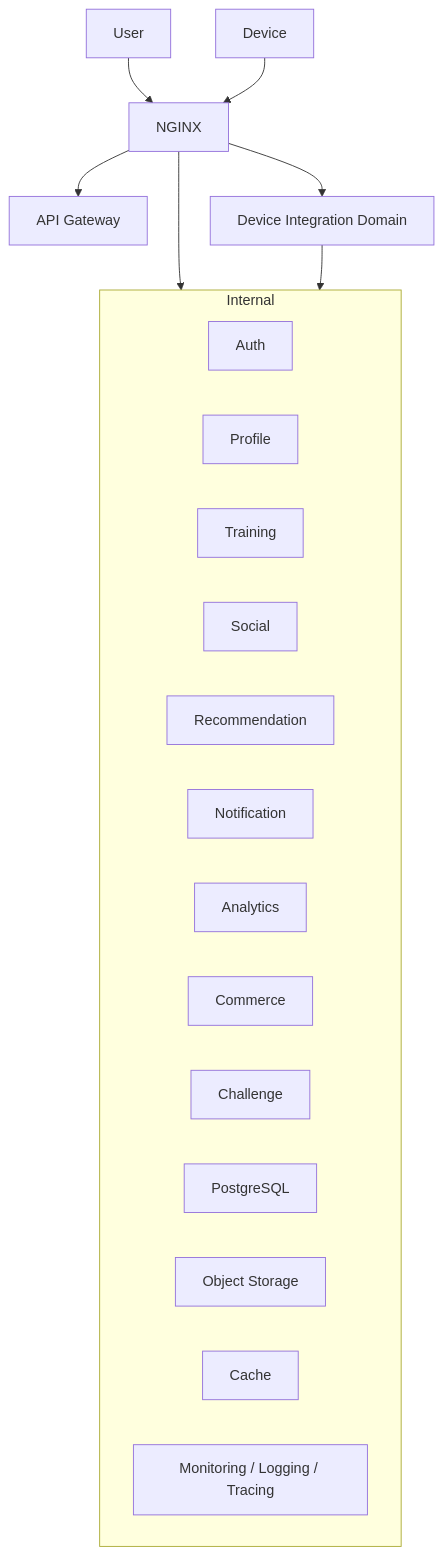
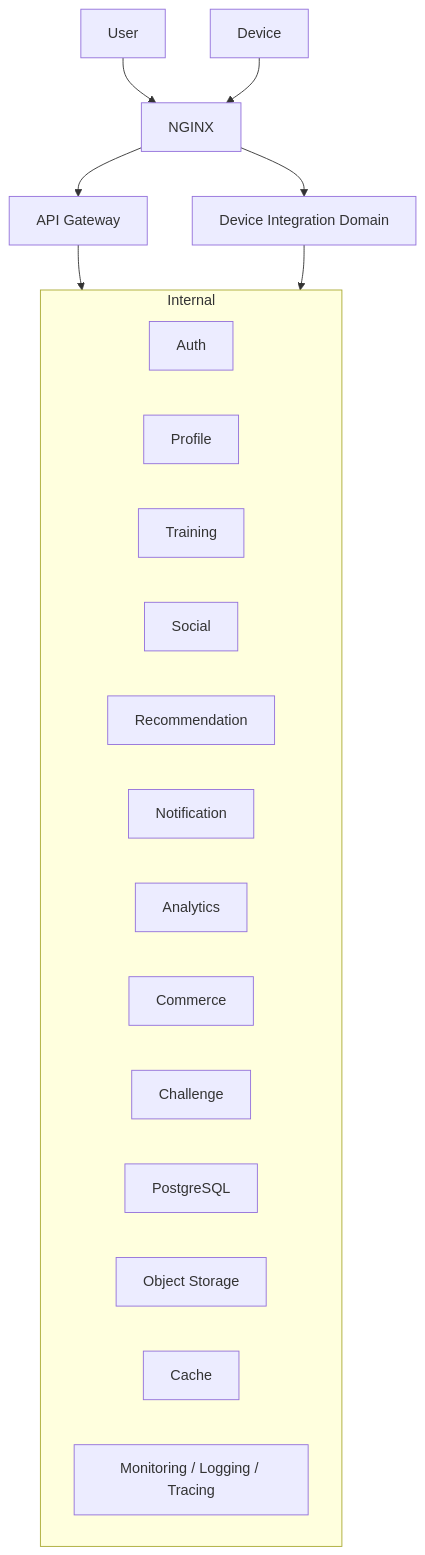
The seventh of 7 diagrams in 03-architecture/architecture-views.md (HiddenFox29/Athletica), drawn with Mermaid before and after one commit. The commit also changed other lines of this file and 11 other files, not shown here.

````diff
--- a/03-architecture/architecture-views.md
+++ b/03-architecture/architecture-views.md
@@ -396,26 +394,26 @@
 ```mermaid
 flowchart TB
     User --> Gateway[NGINX]
     Gateway --> APIGateway[API Gateway]
     Device --> Gateway
     Gateway --> DeviceIntegration[Device Integration Domain]
 
-    Gateway --> Internal[Internal Trusted Zone]
+    APIGateway[API Gateway] --> Internal[Internal Trusted Zone]
     DeviceIntegration --> Internal
 
     subgraph Internal
         Auth
         Profile
         Training
         Social
         Recommendation
         Notification
         Analytics
         Commerce
         Challenge
         DB[PostgreSQL]
         S3[Object Storage]
         Cache[Cache]
         Obs[Monitoring / Logging / Tracing]
     end
 ```
````
